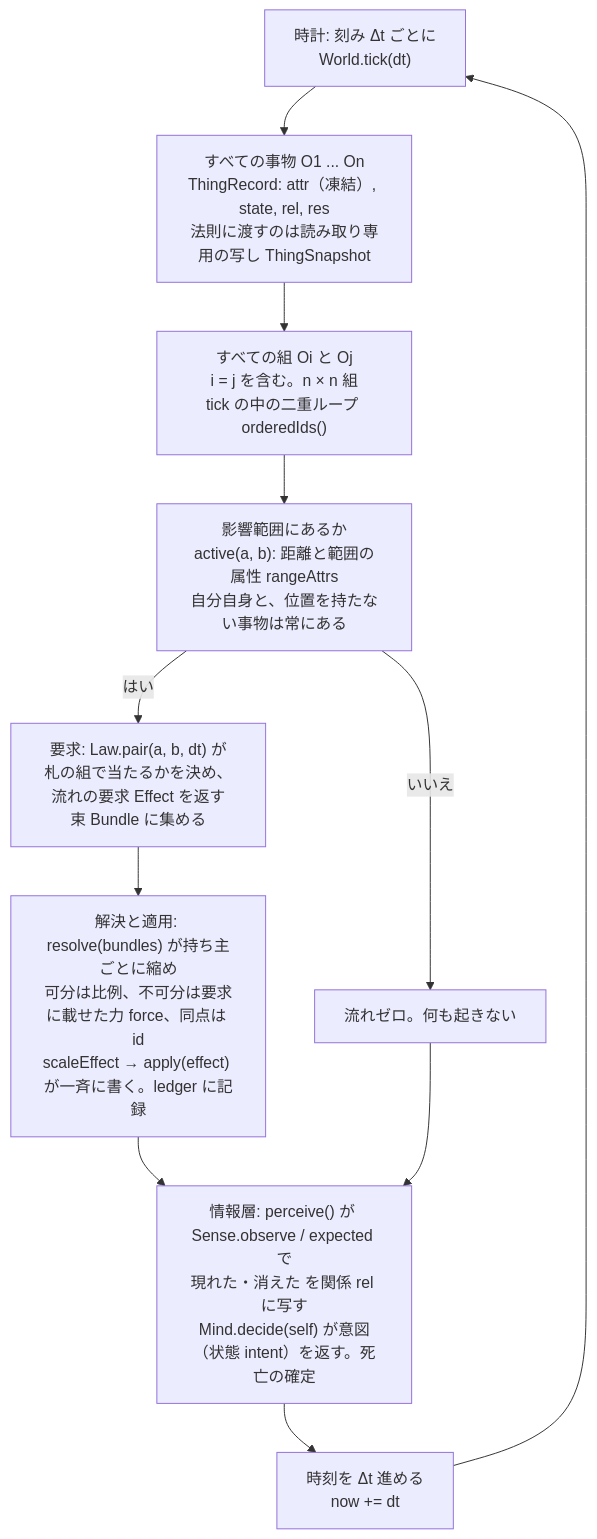
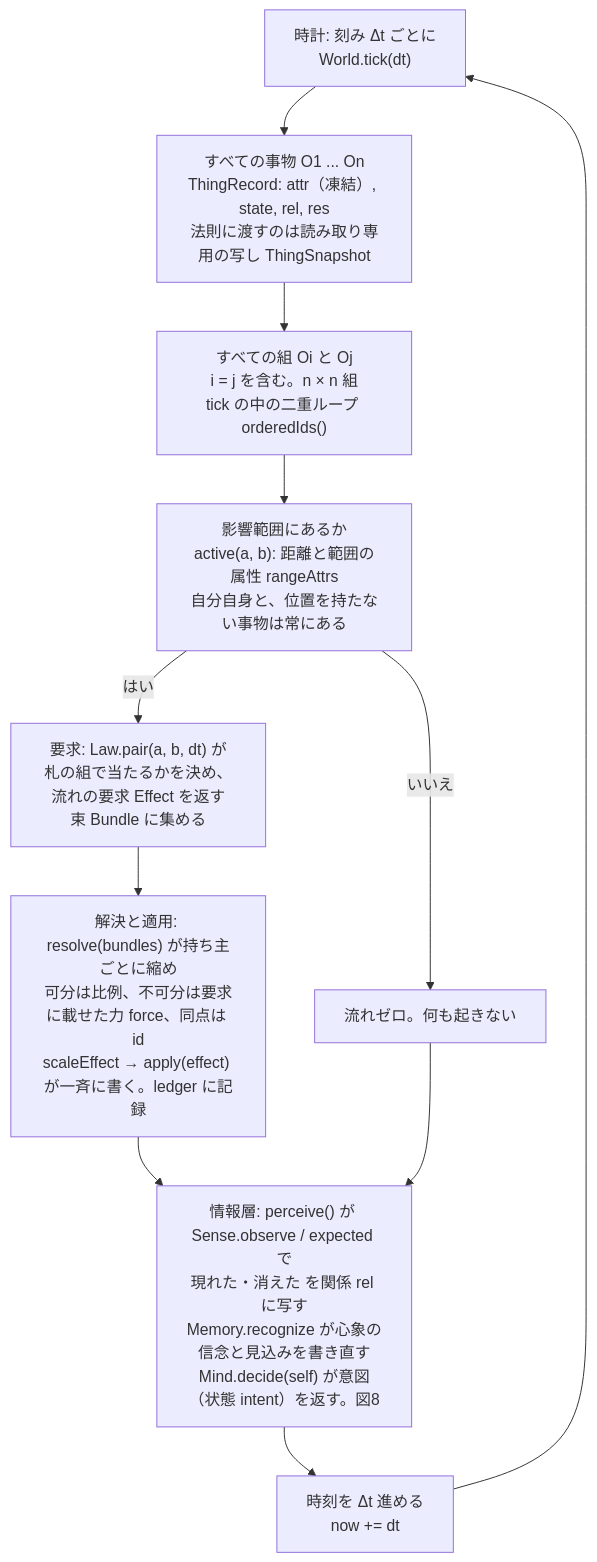
The diagram in docs/figures/src/design-fig1-update.mmd (demerzel09/Medieval-Simulator), drawn with Mermaid before and after one commit. The commit also changed 10 other files, not shown here.

```diff
--- a/docs/figures/src/design-fig1-update.mmd
+++ b/docs/figures/src/design-fig1-update.mmd
@@ -1,11 +1,11 @@
 flowchart TD
   C["時計: 刻み Δt ごとに<br/>World.tick(dt)"] --> O["すべての事物 O1 ... On<br/>ThingRecord: attr（凍結）, state, rel, res<br/>法則に渡すのは読み取り専用の写し ThingSnapshot"]
   O --> P["すべての組 Oi と Oj<br/>i = j を含む。n × n 組<br/>tick の中の二重ループ orderedIds()"]
   P --> S["影響範囲にあるか<br/>active(a, b): 距離と範囲の属性 rangeAttrs<br/>自分自身と、位置を持たない事物は常にある"]
   S -->|"いいえ"| Z["流れゼロ。何も起きない"]
   S -->|"はい"| L["要求: Law.pair(a, b, dt) が<br/>札の組で当たるかを決め、流れの要求 Effect を返す<br/>束 Bundle に集める"]
   L --> F["解決と適用: resolve(bundles) が持ち主ごとに縮め<br/>可分は比例、不可分は要求に載せた力 force、同点は id<br/>scaleEffect → apply(effect) が一斉に書く。ledger に記録"]
-  F --> I["情報層: perceive() が Sense.observe / expected で<br/>現れた・消えた を関係 rel に写す<br/>Mind.decide(self) が意図（状態 intent）を返す。死亡の確定"]
+  F --> I["情報層: perceive() が Sense.observe / expected で<br/>現れた・消えた を関係 rel に写す<br/>Memory.recognize が心象の信念と見込みを書き直す<br/>Mind.decide(self) が意図（状態 intent）を返す。図8"]
   Z --> I
   I --> T["時刻を Δt 進める<br/>now += dt"]
   T --> C
```
